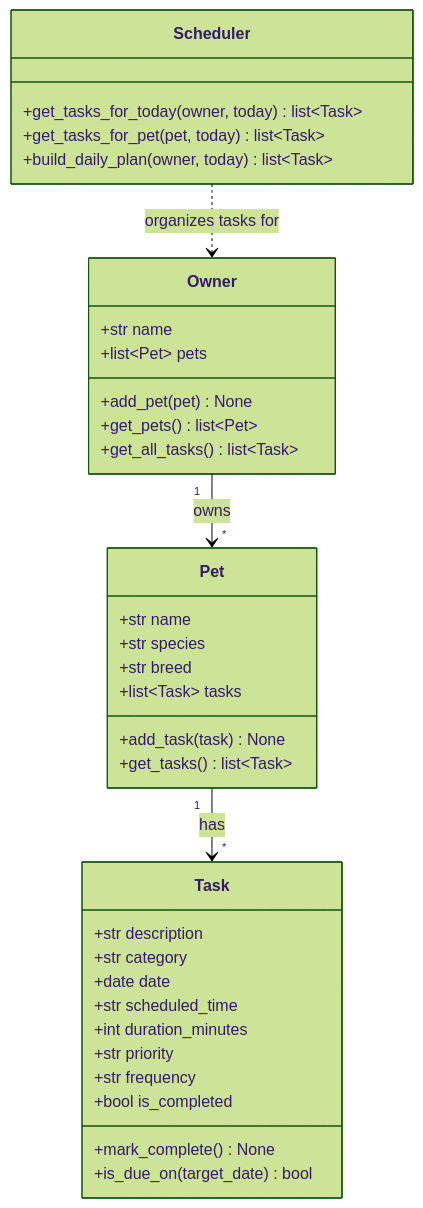
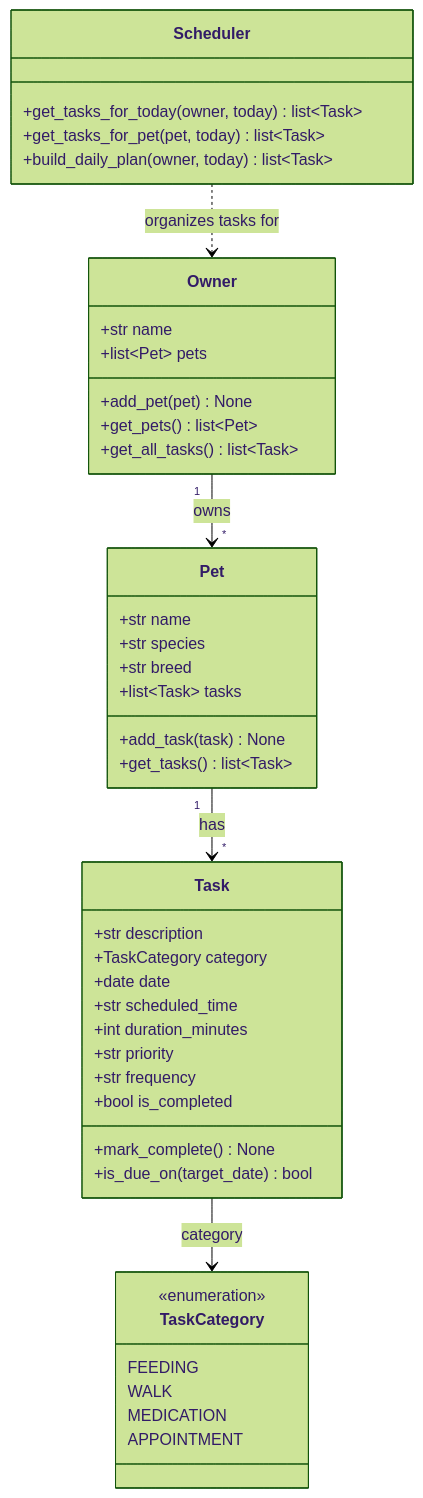
Before and after one commit to fashinao0130/ai110-module2show-pawpal-starter: the diagram in diagrams/uml.mmd, drawn with Mermaid (forest theme). The commit also changed 2 other files, not shown here.

Commit message:
Restrict Task.category to a TaskCategory enum
Category was plain free text with no validation. Add a TaskCategory
enum (feeding/walk/medication/appointment) matching the scenario's
task types, update the UML with an enumeration box, and switch the
demo script to use it.

```diff
--- a/diagrams/uml.mmd
+++ b/diagrams/uml.mmd
@@ -1,42 +1,51 @@
 classDiagram
     %% Keep this file updated so it matches your final implementation.
 
     class Owner {
         +str name
         +list~Pet~ pets
         +add_pet(pet) None
         +get_pets() list~Pet~
         +get_all_tasks() list~Task~
     }
 
     class Pet {
         +str name
         +str species
         +str breed
         +list~Task~ tasks
         +add_task(task) None
         +get_tasks() list~Task~
     }
 
+    class TaskCategory {
+        <<enumeration>>
+        FEEDING
+        WALK
+        MEDICATION
+        APPOINTMENT
+    }
+
     class Task {
         +str description
-        +str category
+        +TaskCategory category
         +date date
         +str scheduled_time
         +int duration_minutes
         +str priority
         +str frequency
         +bool is_completed
         +mark_complete() None
         +is_due_on(target_date) bool
     }
 
     class Scheduler {
         +get_tasks_for_today(owner, today) list~Task~
         +get_tasks_for_pet(pet, today) list~Task~
         +build_daily_plan(owner, today) list~Task~
     }
 
     Owner "1" --> "*" Pet : owns
     Pet "1" --> "*" Task : has
+    Task --> TaskCategory : category
     Scheduler ..> Owner : organizes tasks for
```
